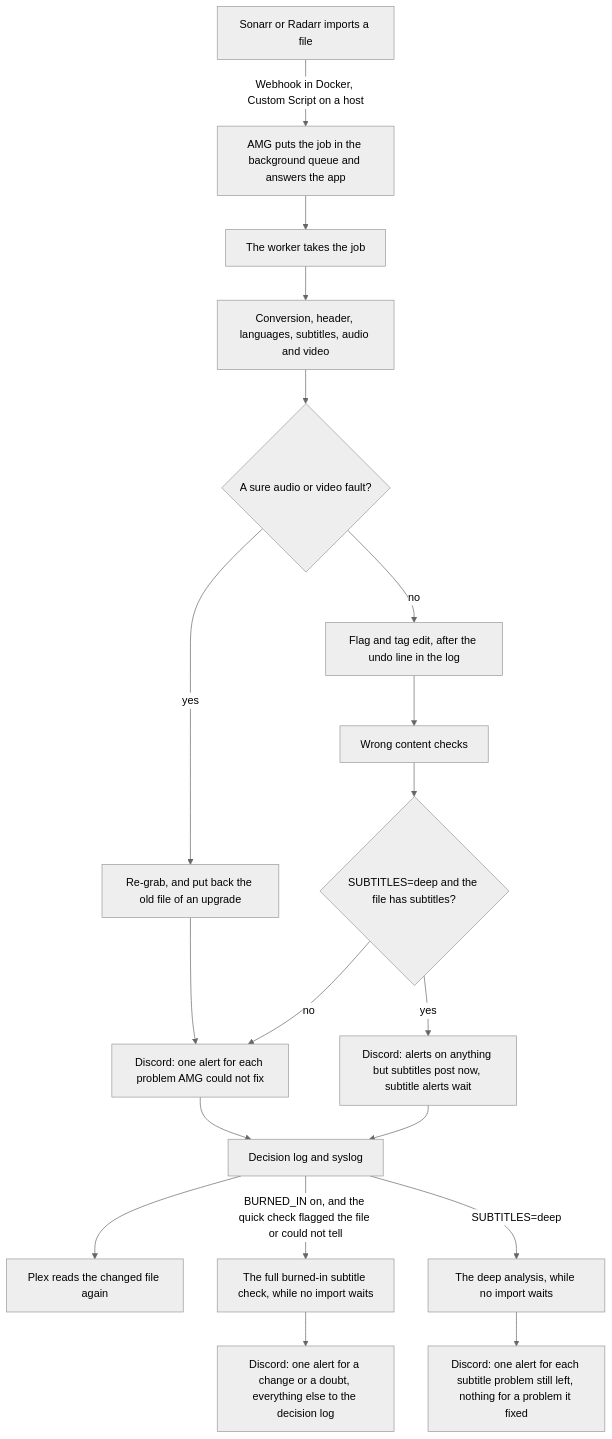
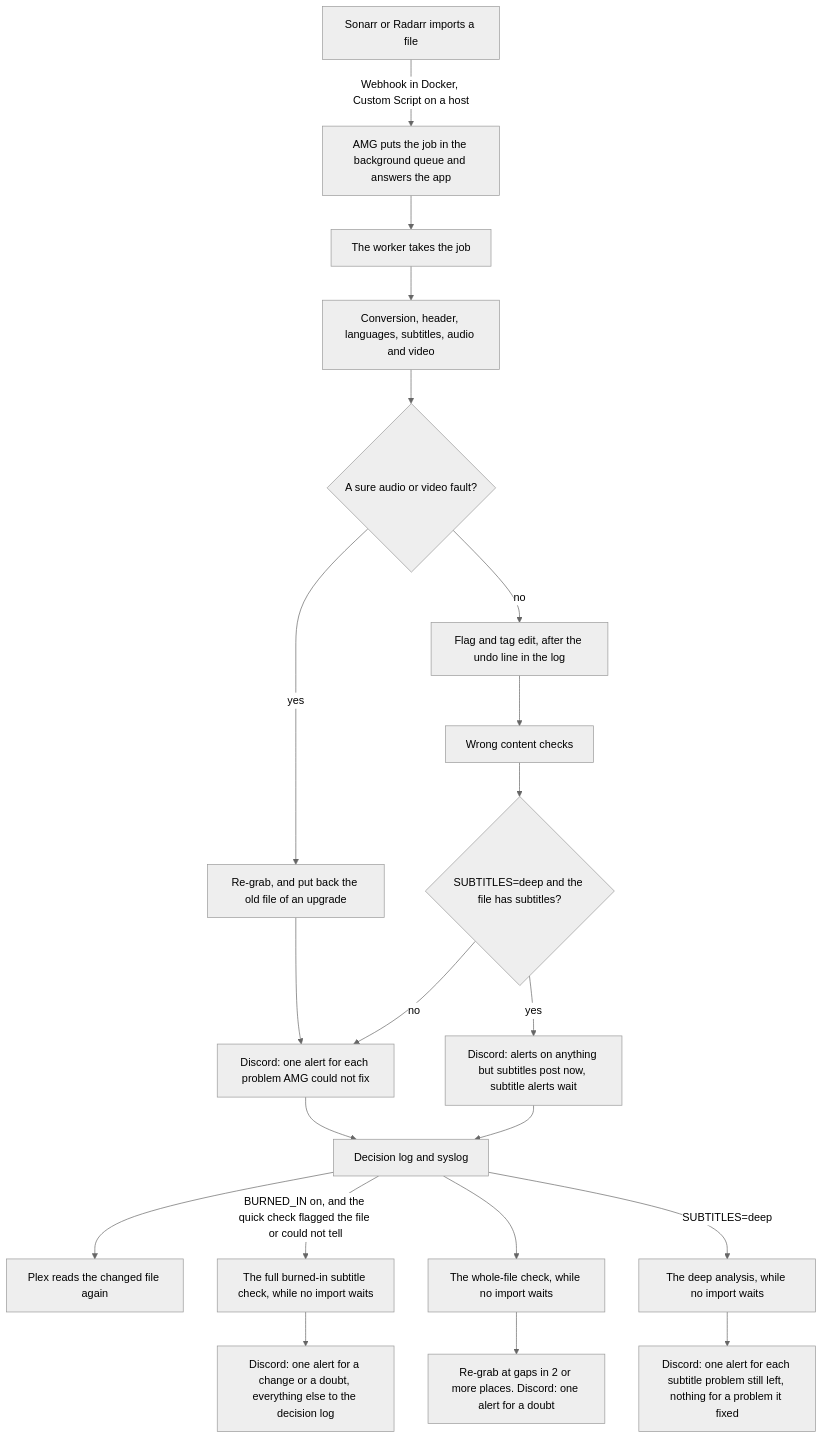
One commit to samwiseg0/arr-media-guard changed the diagram in docs/how-it-works.md. Above: the diagram before and after it, drawn with Mermaid (neutral theme). The commit also changed other lines of this file and 15 other files, not shown here.

First line of the commit message:
Release 2.14.0: whole-file damage check, and a custom-format guard that reads the record

````diff
--- a/docs/how-it-works.md
+++ b/docs/how-it-works.md
@@ -24,22 +25,24 @@
 ```mermaid
 flowchart TD
     app["Sonarr or Radarr imports a file"]
     app -->|"Webhook in Docker, Custom Script on a host"| queue["AMG puts the job in the background queue and answers the app"]
     queue --> worker["The worker takes the job"]
     worker --> checks["Conversion, header, languages, subtitles, audio and video"]
     checks --> fault{"A sure audio or video fault?"}
     fault -->|"yes"| regrab["Re-grab, and put back the old file of an upgrade"]
     fault -->|"no"| edit["Flag and tag edit, after the undo line in the log"]
     edit --> content["Wrong content checks"]
     content --> follows{"SUBTITLES=deep and the file has subtitles?"}
     follows -->|"no"| alerts["Discord: one alert for each problem AMG could not fix"]
     follows -->|"yes"| hold["Discord: alerts on anything but subtitles post now, subtitle alerts wait"]
     regrab --> alerts
     alerts --> log["Decision log and syslog"]
     hold --> log
     log --> plex["Plex reads the changed file again"]
     log -->|"BURNED_IN on, and the quick check flagged the file or could not tell"| burn["The full burned-in subtitle check, while no import waits"]
     burn --> burnalert["Discord: one alert for a change or a doubt, everything else to the decision log"]
+    log --> whole["The whole-file check, while no import waits"]
+    whole --> wholealert["Re-grab at gaps in 2 or more places. Discord: one alert for a doubt"]
     log -->|"SUBTITLES=deep"| deep["The deep analysis, while no import waits"]
     deep --> deepalert["Discord: one alert for each subtitle problem still left, nothing for a problem it fixed"]
 ```
````
